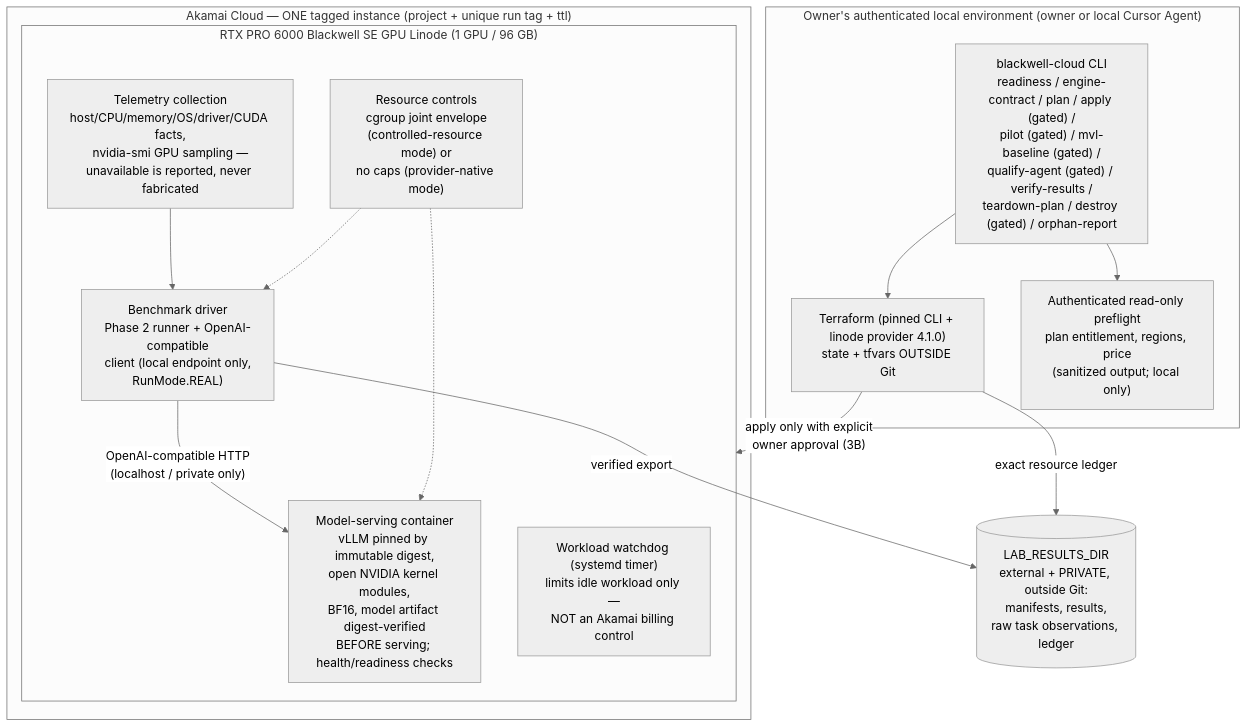
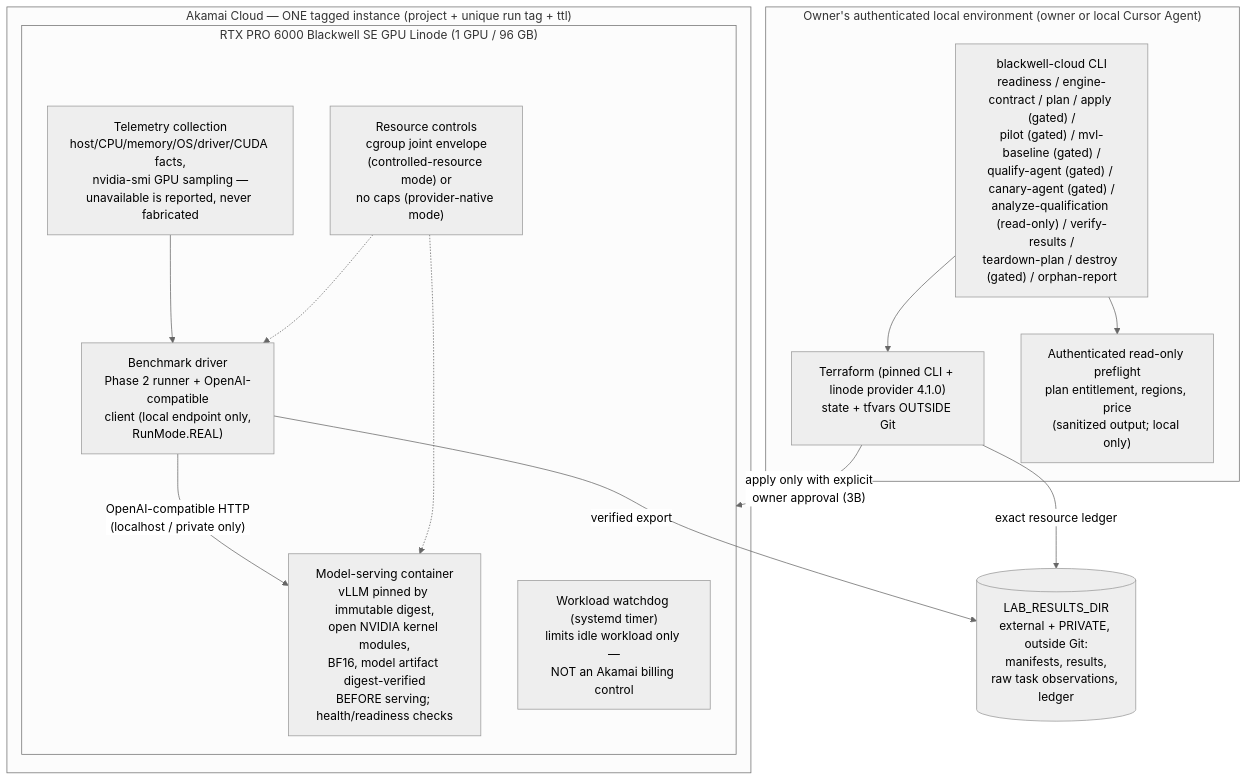
Before and after one commit to jgdynamite10/blackwell-agentic-inference-lab: the third of 4 diagrams in docs/architecture.md, drawn with Mermaid (neutral theme). The commit also changed other lines of this file and 33 other files, not shown here.

First line of the commit message:
Add workflow-controlled qualification candidates and diagnostic canary (#46)

````diff
--- a/docs/architecture.md
+++ b/docs/architecture.md
@@ -256,28 +270,28 @@
 ```mermaid
 flowchart TB
     subgraph operator["Owner's authenticated local environment (owner or local Cursor Agent)"]
-        cli["blackwell-cloud CLI<br/>readiness / engine-contract / plan / apply (gated) /<br/>pilot (gated) / mvl-baseline (gated) /<br/>qualify-agent (gated) / verify-results /<br/>teardown-plan / destroy (gated) / orphan-report"]
+        cli["blackwell-cloud CLI<br/>readiness / engine-contract / plan / apply (gated) /<br/>pilot (gated) / mvl-baseline (gated) /<br/>qualify-agent (gated) / canary-agent (gated) /<br/>analyze-qualification (read-only) / verify-results /<br/>teardown-plan / destroy (gated) / orphan-report"]
         tf["Terraform (pinned CLI + linode provider 4.1.0)<br/>state + tfvars OUTSIDE Git"]
         preflight["Authenticated read-only preflight<br/>plan entitlement, regions, price<br/>(sanitized output; local only)"]
     end
     subgraph akamai["Akamai Cloud — ONE tagged instance (project + unique run tag + ttl)"]
         subgraph inst["RTX PRO 6000 Blackwell SE GPU Linode (1 GPU / 96 GB)"]
             serving["Model-serving container<br/>vLLM pinned by immutable digest,<br/>open NVIDIA kernel modules,<br/>BF16, model artifact digest-verified<br/>BEFORE serving; health/readiness checks"]
             driver["Benchmark driver<br/>Phase 2 runner + OpenAI-compatible<br/>client (local endpoint only,<br/>RunMode.REAL)"]
             telem["Telemetry collection<br/>host/CPU/memory/OS/driver/CUDA facts,<br/>nvidia-smi GPU sampling —<br/>unavailable is reported, never fabricated"]
             limits["Resource controls<br/>cgroup joint envelope<br/>(controlled-resource mode) or<br/>no caps (provider-native mode)"]
             watchdog["Workload watchdog (systemd timer)<br/>limits idle workload only —<br/>NOT an Akamai billing control"]
         end
     end
     external[("LAB_RESULTS_DIR<br/>external + PRIVATE, outside Git:<br/>manifests, results,<br/>raw task observations, ledger")]
 
     cli --> tf
     tf -- "apply only with explicit<br/>owner approval (3B)" --> inst
     cli --> preflight
     driver -- "OpenAI-compatible HTTP<br/>(localhost / private only)" --> serving
     telem --> driver
     limits -.-> serving
     limits -.-> driver
     driver -- "verified export" --> external
     tf -- "exact resource ledger" --> external
 ```
````
